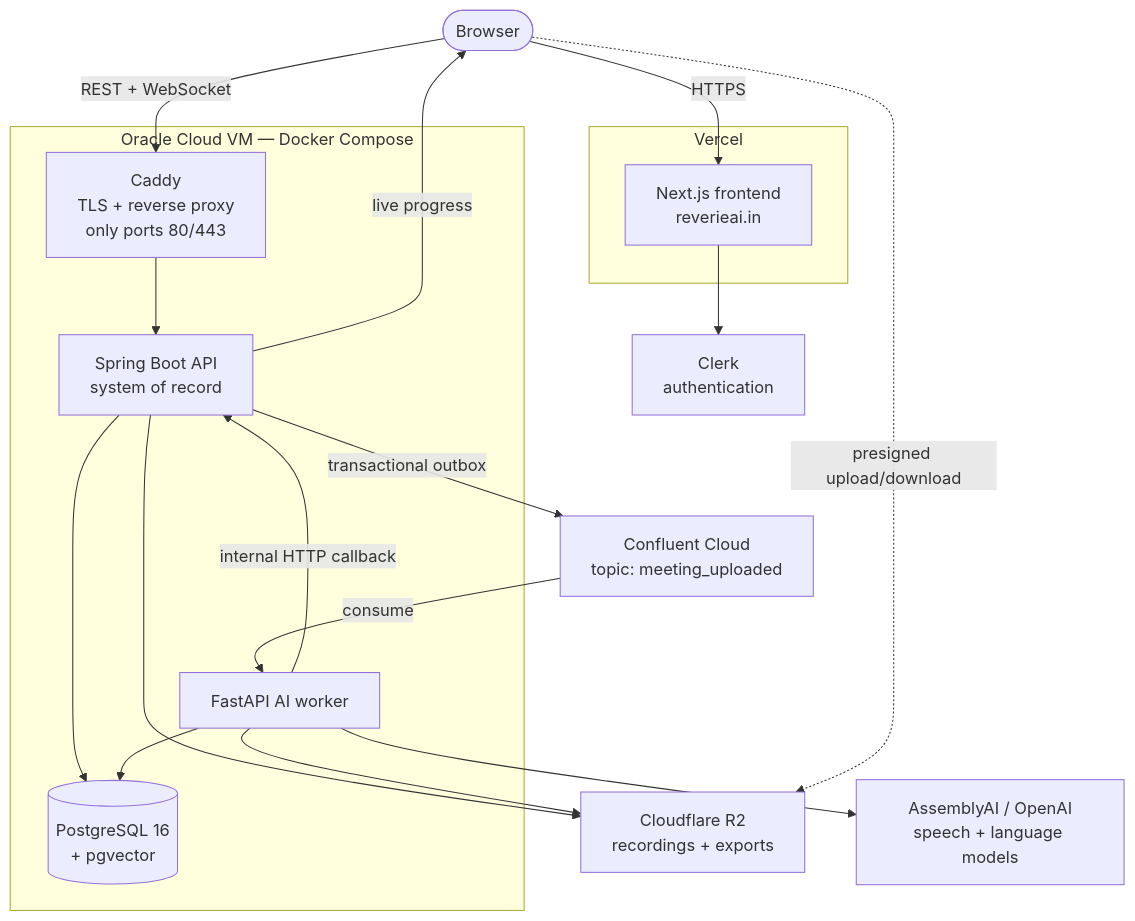
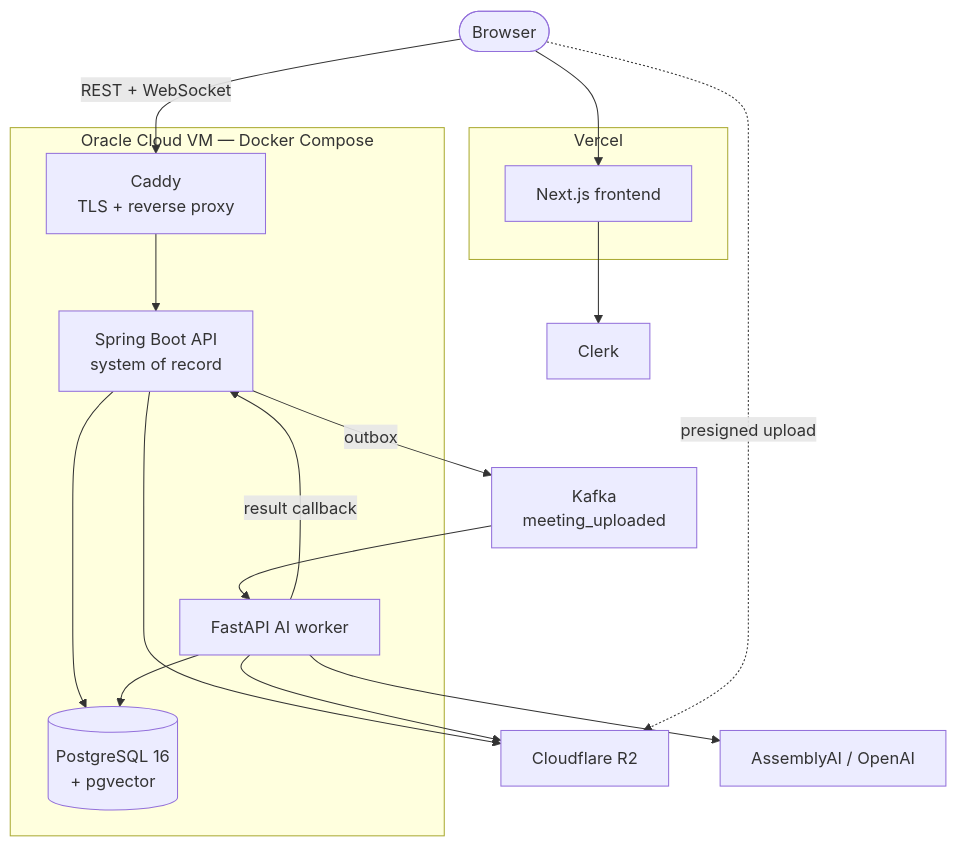
The diagram in README.md (CHAITANYAGANDI/Reverie), drawn with Mermaid before and after one commit. The commit also changed other lines of this file, not shown here.

````diff
--- a/README.md
+++ b/README.md
@@ -156,32 +122,31 @@
 ```mermaid
 flowchart TB
     User(["Browser"])
     subgraph Vercel
-        FE["Next.js frontend<br/>reverieai.in"]
+        FE["Next.js frontend"]
     end
     subgraph Oracle["Oracle Cloud VM — Docker Compose"]
-        Caddy["Caddy<br/>TLS + reverse proxy<br/>only ports 80/443"]
+        Caddy["Caddy<br/>TLS + reverse proxy"]
         API["Spring Boot API<br/>system of record"]
         AI["FastAPI AI worker"]
         DB[("PostgreSQL 16<br/>+ pgvector")]
     end
-    Clerk["Clerk<br/>authentication"]
-    R2["Cloudflare R2<br/>recordings + exports"]
-    Kafka["Confluent Cloud<br/>topic: meeting_uploaded"]
-    Providers["AssemblyAI / OpenAI<br/>speech + language models"]
+    Clerk["Clerk"]
+    R2["Cloudflare R2"]
+    Kafka["Kafka<br/>meeting_uploaded"]
+    Providers["AssemblyAI / OpenAI"]
 
-    User -->|HTTPS| FE
+    User --> FE
     User -->|"REST + WebSocket"| Caddy
-    User -.->|"presigned upload/download"| R2
+    User -.->|"presigned upload"| R2
     FE --> Clerk
     Caddy --> API
     API --> DB
     API --> R2
-    API -->|"transactional outbox"| Kafka
-    Kafka -->|consume| AI
+    API -->|"outbox"| Kafka
+    Kafka --> AI
     AI --> DB
     AI --> R2
     AI --> Providers
-    AI -->|"internal HTTP callback"| API
-    API -->|"live progress"| User
+    AI -->|"result callback"| API
 ```
````
